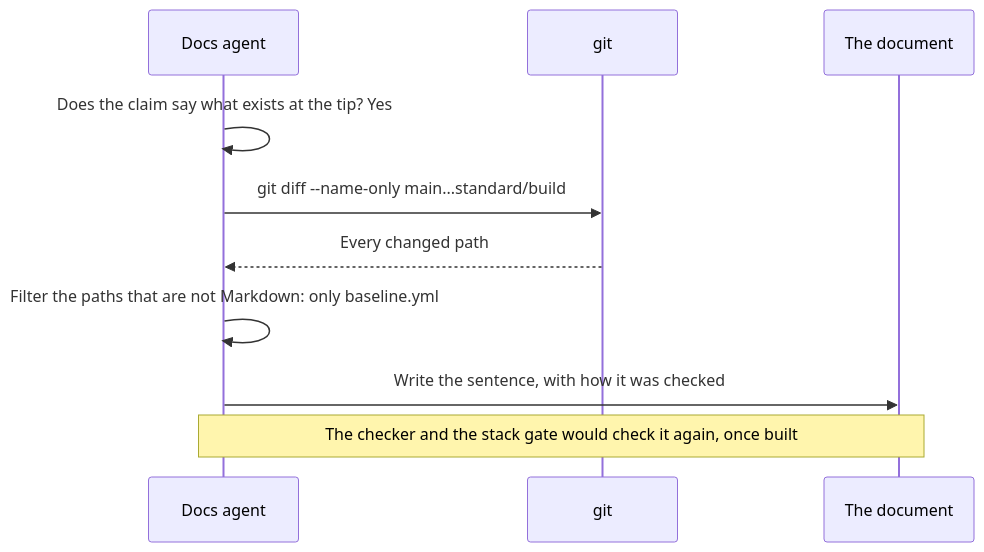
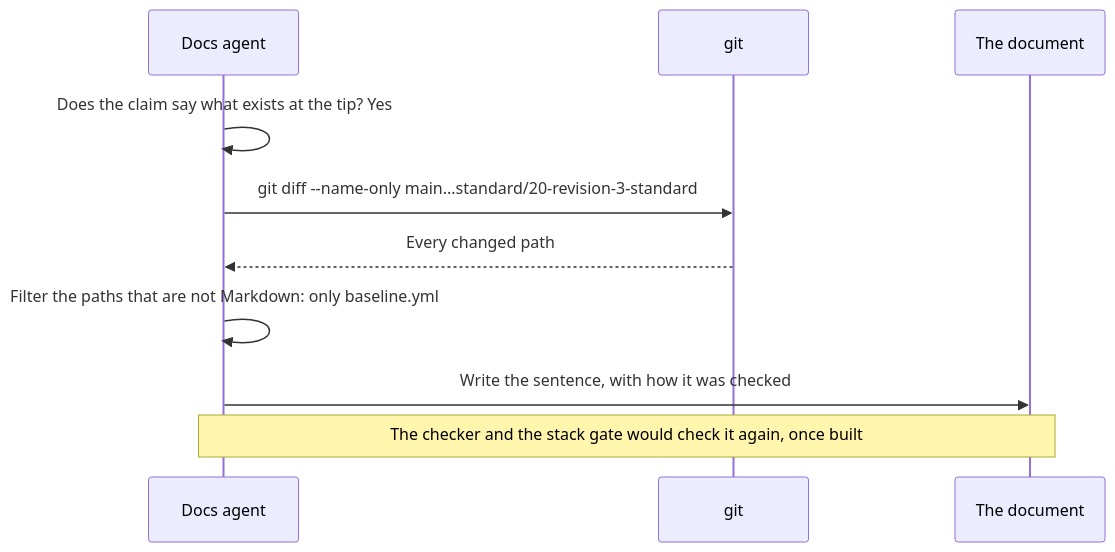
One commit to chandanbsd/baseline-framework changed the second of 5 diagrams in docs/course/system/07-how-documents-stay-true.md. Above: the diagram before and after it, drawn with Mermaid. The commit also changed other lines of this file and 11 other files, not shown here.

````diff
--- a/docs/course/system/07-how-documents-stay-true.md
+++ b/docs/course/system/07-how-documents-stay-true.md
@@ -54,12 +54,12 @@
 ```mermaid
 sequenceDiagram
     participant D as Docs agent
     participant G as git
     participant F as The document
     D->>D: Does the claim say what exists at the tip? Yes
-    D->>G: git diff --name-only main...standard/build
+    D->>G: git diff --name-only main...standard/20-revision-3-standard
     G-->>D: Every changed path
     D->>D: Filter the paths that are not Markdown: only baseline.yml
     D->>F: Write the sentence, with how it was checked
     Note over D,F: The checker and the stack gate would check it again, once built
 ```
````
